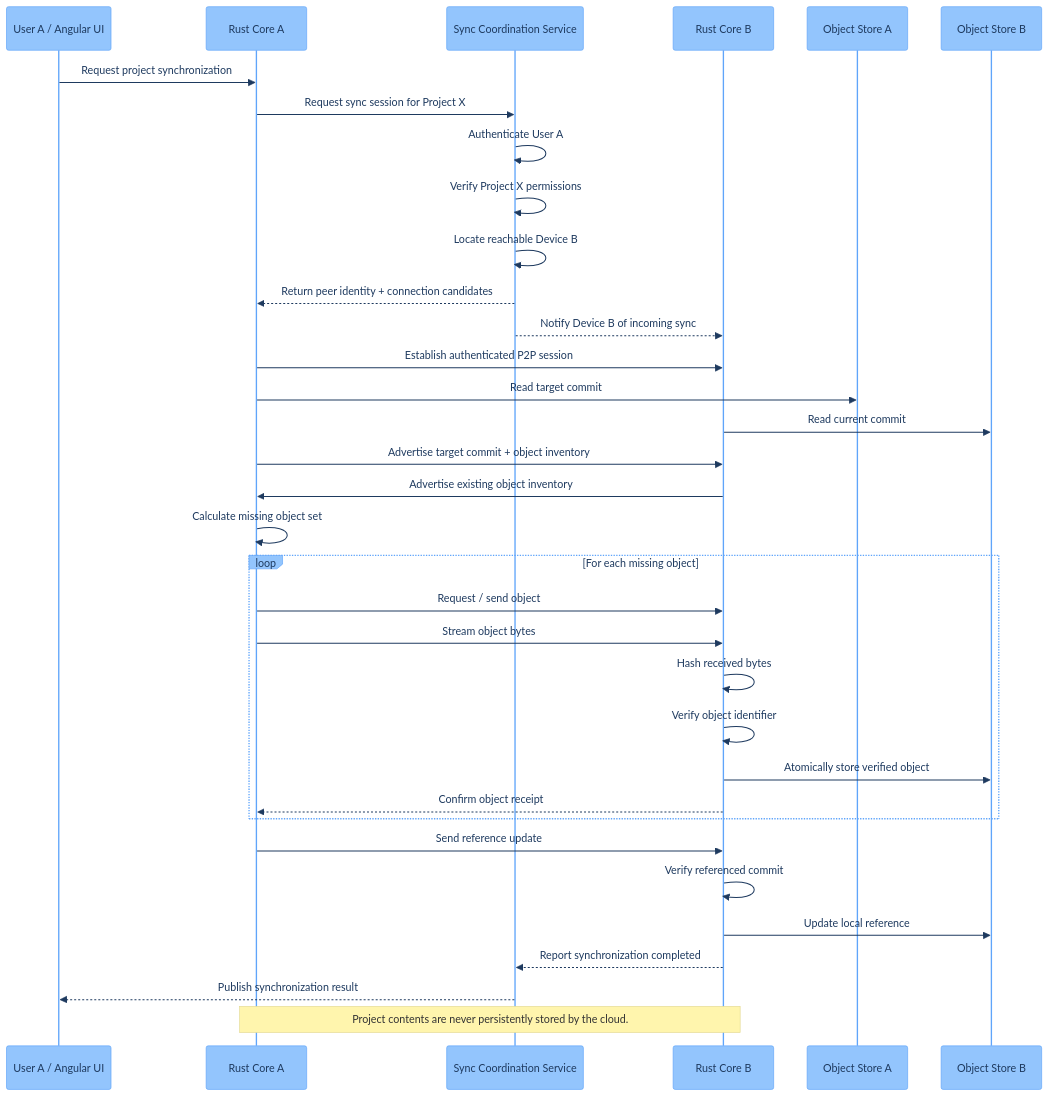
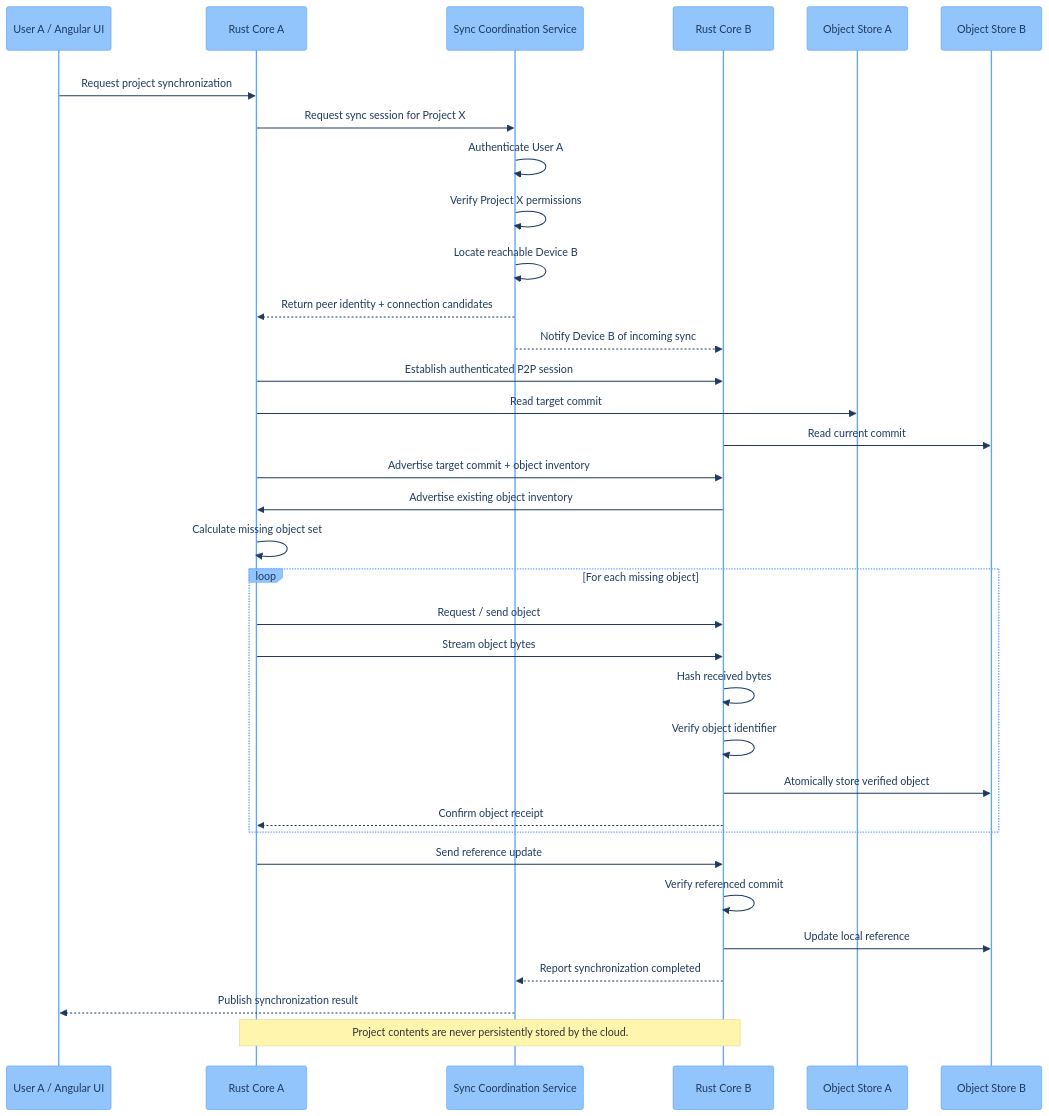
The diagram in gitformusic/docs/diagrams/04-p2p-sync.mmd (RandreasKristensen/gitformusic), drawn with Mermaid before and after one commit. The commit also changed 8 other files, not shown here.

Commit message:
more diagram styling

```diff
--- a/gitformusic/docs/diagrams/04-p2p-sync.mmd
+++ b/gitformusic/docs/diagrams/04-p2p-sync.mmd
@@ -1,49 +1,53 @@
 %%{init: {"theme":"base","themeVariables":{"background":"#ffffff","primaryColor":"#93c5fd","primaryTextColor":"#1e3a5f","primaryBorderColor":"#60a5fa","lineColor":"#5b7c99","secondaryColor":"#93c5fd","tertiaryColor":"#ffffff","clusterBkg":"#bfdbfe","clusterBorder":"#60a5fa","titleColor":"#1e3a5f","fontFamily":" sans-serif"}}}%%
 %% P2P Synchronization — Missing Object Transfer
 sequenceDiagram
 
     participant UI_A as User A / Angular UI
     participant RA as Rust Core A
     participant CLOUD as Sync Coordination Service
     participant RD as Rust Core B
     participant OS_A as Object Store A
     participant OS_B as Object Store B
+
+    rect rgb(255, 255, 255)
 
     UI_A->>RA: Request project synchronization
 
     RA->>CLOUD: Request sync session for Project X
 
     CLOUD->>CLOUD: Authenticate User A
     CLOUD->>CLOUD: Verify Project X permissions
     CLOUD->>CLOUD: Locate reachable Device B
 
     CLOUD-->>RA: Return peer identity + connection candidates
     CLOUD-->>RD: Notify Device B of incoming sync
 
     RA->>RD: Establish authenticated P2P session
 
     RA->>OS_A: Read target commit
     RD->>OS_B: Read current commit
 
     RA->>RD: Advertise target commit + object inventory
     RD->>RA: Advertise existing object inventory
 
     RA->>RA: Calculate missing object set
 
     loop For each missing object
         RA->>RD: Request / send object
         RA->>RD: Stream object bytes
         RD->>RD: Hash received bytes
         RD->>RD: Verify object identifier
         RD->>OS_B: Atomically store verified object
         RD-->>RA: Confirm object receipt
     end
 
     RA->>RD: Send reference update
     RD->>RD: Verify referenced commit
     RD->>OS_B: Update local reference
 
     RD-->>CLOUD: Report synchronization completed
     CLOUD-->>UI_A: Publish synchronization result
 
     Note over RA,RD: Project contents are never persistently stored by the cloud.
+
+    end
```
